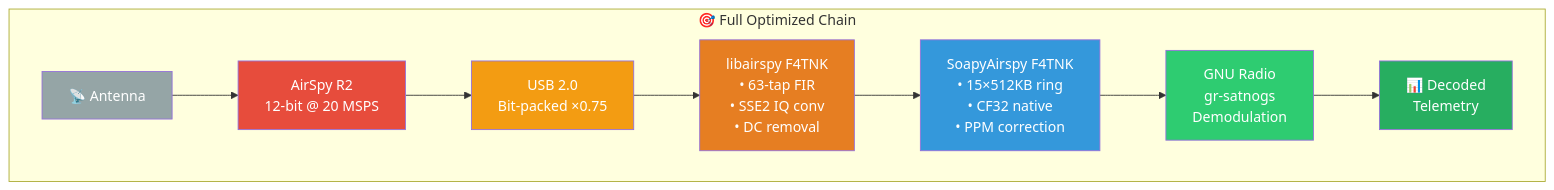
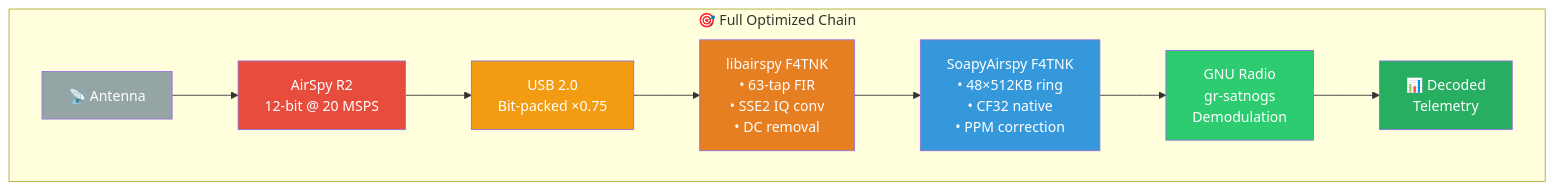
One commit to f4tnk/SoapyAirspy changed the ninth of 9 diagrams in OPTIMIZATIONS-F4TNK.md. Above: the diagram before and after it, drawn with Mermaid. The commit also changed other lines of this file, not shown here.

First line of the commit message:
docs: update OPTIMIZATIONS-F4TNK.md — 30 opts, new overflow recovery section

````diff
--- a/OPTIMIZATIONS-F4TNK.md
+++ b/OPTIMIZATIONS-F4TNK.md
@@ -625,19 +629,19 @@
 ```mermaid
 graph TB
     subgraph "🎯 Full Optimized Chain"
         A["📡 Antenna"] --> B["AirSpy R2<br/>12-bit @ 20 MSPS"]
         B --> C["USB 2.0<br/>Bit-packed ×0.75"]
         C --> D["libairspy F4TNK<br/>• 63-tap FIR<br/>• SSE2 IQ conv<br/>• DC removal"]
-        D --> E["SoapyAirspy F4TNK<br/>• 15×512KB ring<br/>• CF32 native<br/>• PPM correction"]
+        D --> E["SoapyAirspy F4TNK<br/>• 48×512KB ring<br/>• CF32 native<br/>• PPM correction"]
         E --> F["GNU Radio<br/>gr-satnogs<br/>Demodulation"]
         F --> G["📊 Decoded<br/>Telemetry"]
     end
 
     style A fill:#95a5a6,color:#fff
     style B fill:#e74c3c,color:#fff
     style C fill:#f39c12,color:#fff
     style D fill:#e67e22,color:#fff
     style E fill:#3498db,color:#fff
     style F fill:#2ecc71,color:#fff
     style G fill:#27ae60,color:#fff
 ```
````
